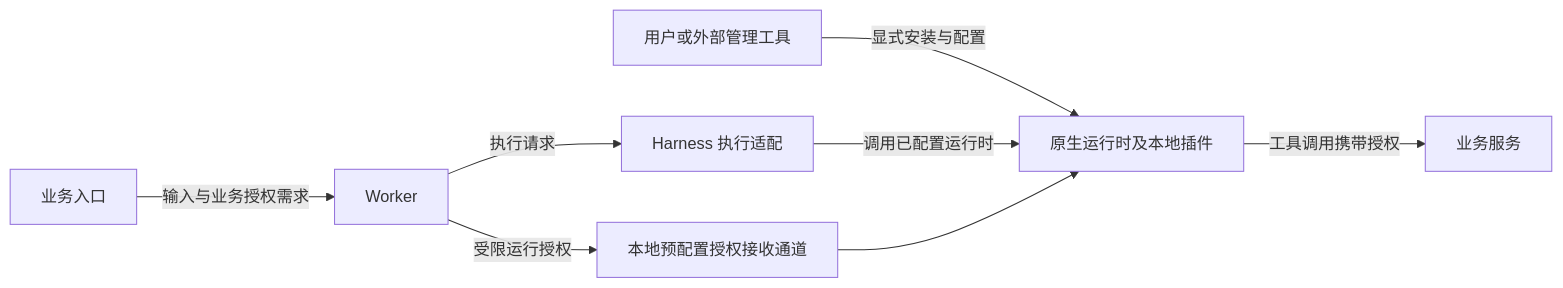
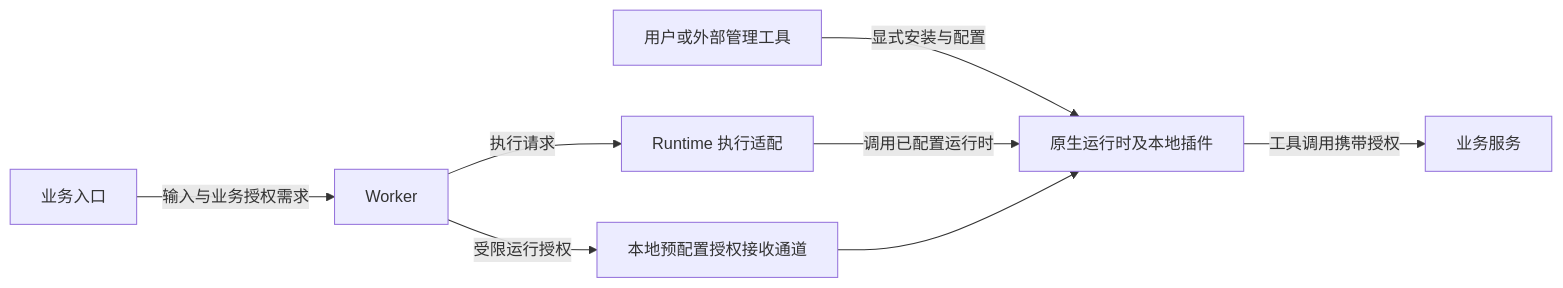
One commit to LarsonLian/octo-runtime changed the diagram in docs/24-local-plugin-ownership-refactor.md. Above: the diagram before and after it, drawn with Mermaid. The commit also changed other lines of this file and 583 other files, not shown here.

````diff
--- a/docs/24-local-plugin-ownership-refactor.md
+++ b/docs/24-local-plugin-ownership-refactor.md
@@ -64,10 +64,10 @@
 ```mermaid
 flowchart LR
   U[用户或外部管理工具] -->|显式安装与配置| N[原生运行时及本地插件]
   B[业务入口] -->|输入与业务授权需求| W[Worker]
-  W -->|执行请求| H[Harness 执行适配]
+  W -->|执行请求| H[Runtime 执行适配]
   H -->|调用已配置运行时| N
   W -->|受限运行授权| A[本地预配置授权接收通道]
   A --> N
   N -->|工具调用携带授权| S[业务服务]
 ```
````
